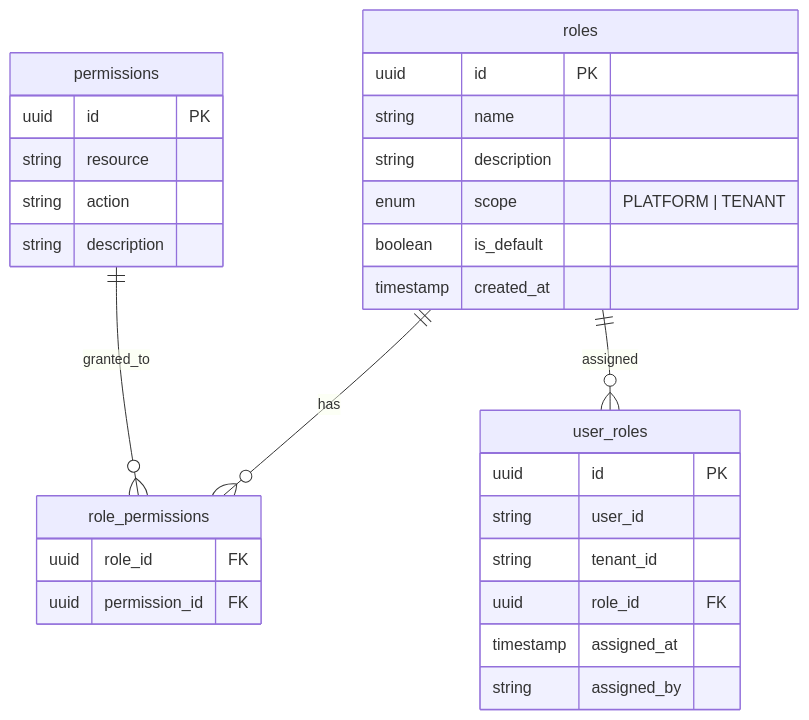
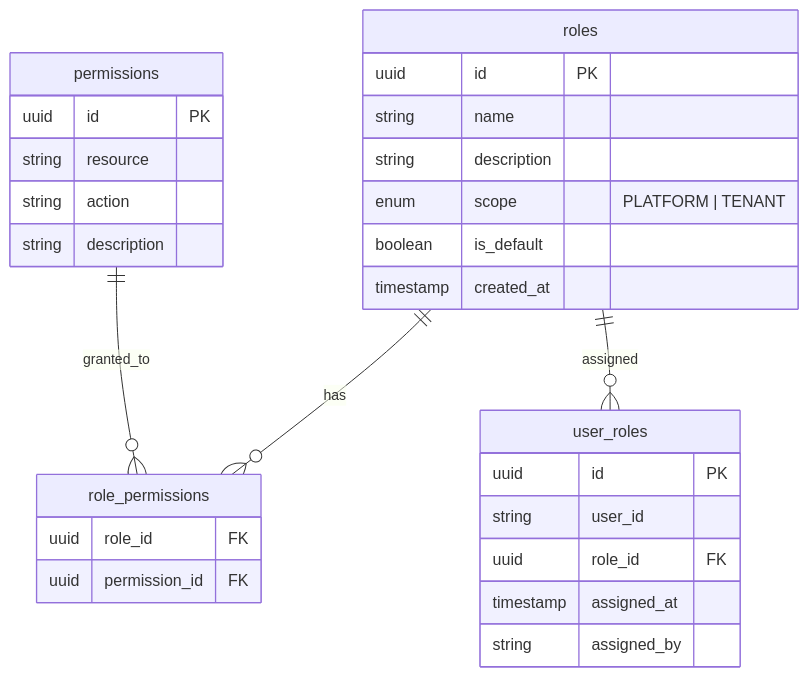
Before and after one commit to pawanraocse/aws-infra: the seventh of 10 diagrams in HLD.md, drawn with Mermaid. The commit also changed other lines of this file and 47 other files, not shown here.

````diff
--- a/HLD.md
+++ b/HLD.md
@@ -714,36 +853,35 @@
 ```mermaid
 erDiagram
     roles {
         uuid id PK
         string name
         string description
         enum scope "PLATFORM | TENANT"
         boolean is_default
         timestamp created_at
     }
     
     permissions {
         uuid id PK
         string resource
         string action
         string description
     }
     
     role_permissions {
         uuid role_id FK
         uuid permission_id FK
     }
     
     user_roles {
         uuid id PK
         string user_id
-        string tenant_id
         uuid role_id FK
         timestamp assigned_at
         string assigned_by
     }
     
     roles ||--o{ role_permissions : has
     permissions ||--o{ role_permissions : granted_to
     roles ||--o{ user_roles : assigned
 ```
````
